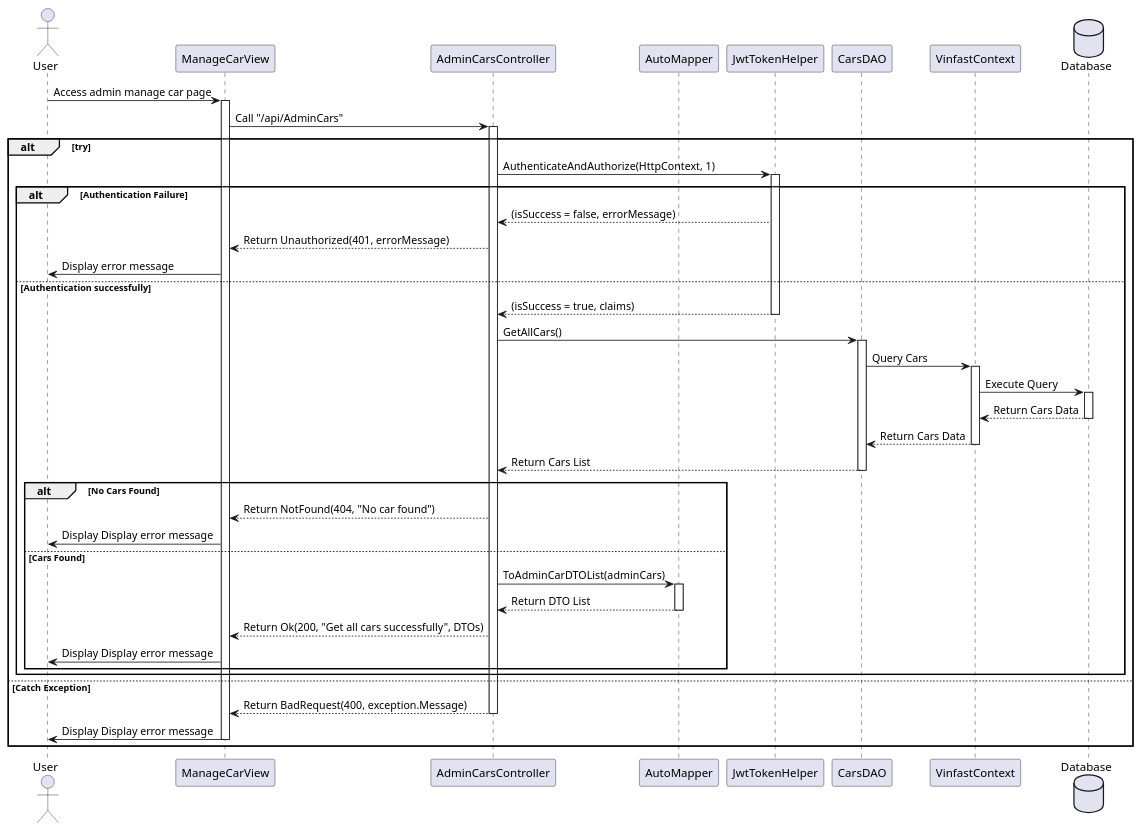
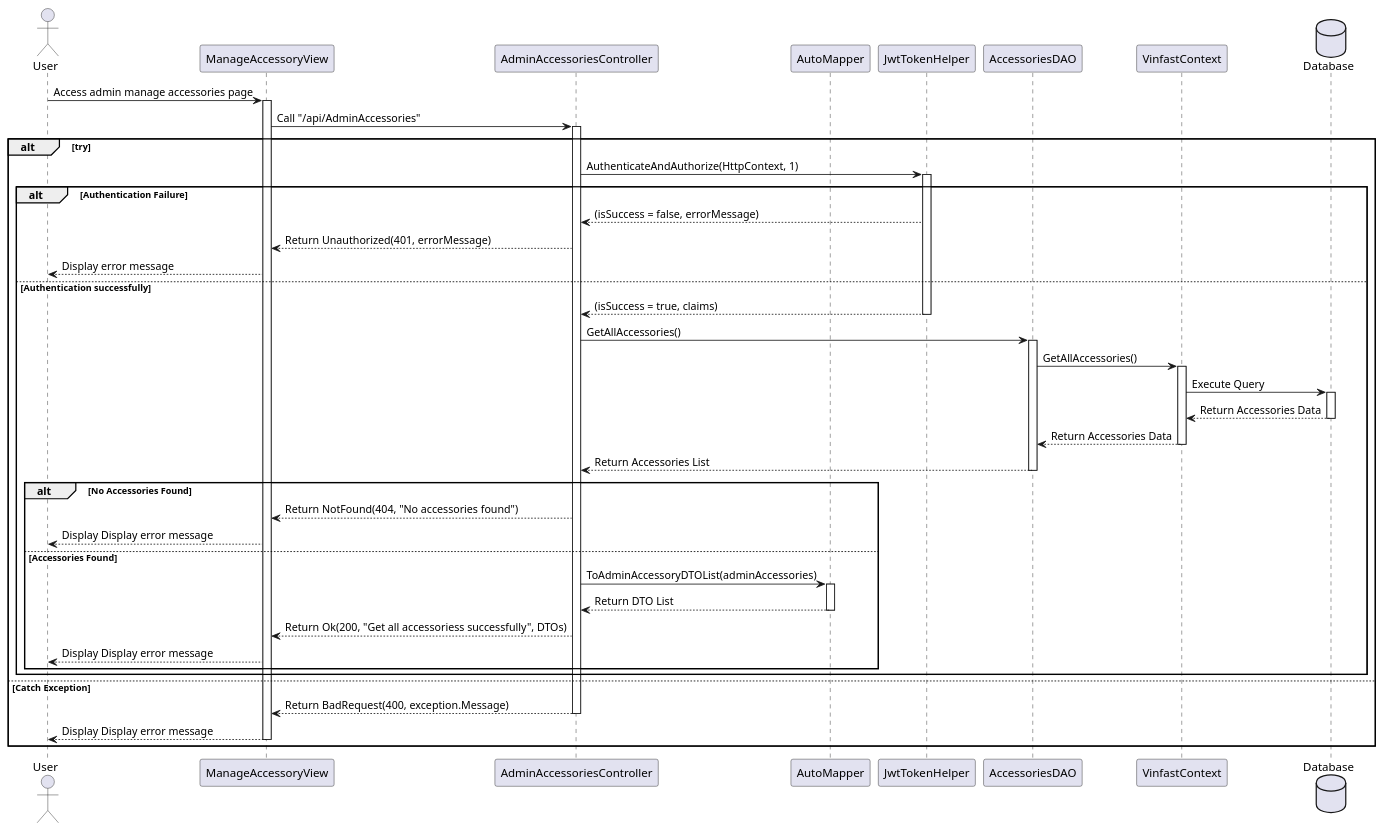
Before and after one commit to Bang15092002/SWP391_TrongNDP_Re_SP25: the diagram in AdminViewAllAccessories copy/AdminViewAllAccessories.plantUML, drawn with PlantUML. The commit also changed 5 other files, not shown here.

Commit message:
adminAddAccessory

```diff
--- a/AdminViewAllAccessories copy/AdminViewAllAccessories.plantUML
+++ b/AdminViewAllAccessories copy/AdminViewAllAccessories.plantUML
@@ -1,70 +1,69 @@
 @startuml
 actor User
-participant ManageCarView
-participant AdminCarsController
+participant ManageAccessoryView
+participant AdminAccessoriesController
 participant AutoMapper
 participant JwtTokenHelper
-participant CarsDAO
+participant AccessoriesDAO
 participant VinfastContext
 database Database
 
+User -> ManageAccessoryView: Access admin manage accessories page
+activate ManageAccessoryView
 
-User -> ManageCarView: Access admin manage car page
-activate ManageCarView
+    ManageAccessoryView -> AdminAccessoriesController: Call "/api/AdminAccessories"
+alt try
+    activate AdminAccessoriesController
 
-    ManageCarView -> AdminCarsController: Call "/api/AdminCars"
-alt try
-    activate AdminCarsController
-
-    AdminCarsController -> JwtTokenHelper: AuthenticateAndAuthorize(HttpContext, 1)
+    AdminAccessoriesController -> JwtTokenHelper: AuthenticateAndAuthorize(HttpContext, 1)
         alt Authentication Failure
             activate JwtTokenHelper
-            JwtTokenHelper --> AdminCarsController: (isSuccess = false, errorMessage)
-            AdminCarsController --> ManageCarView: Return Unauthorized(401, errorMessage)
-            ManageCarView -> User: Display error message
+            JwtTokenHelper --> AdminAccessoriesController: (isSuccess = false, errorMessage)
+            AdminAccessoriesController --> ManageAccessoryView: Return Unauthorized(401, errorMessage)
+            ManageAccessoryView --> User: Display error message
             
         else Authentication successfully
-            JwtTokenHelper --> AdminCarsController: (isSuccess = true, claims)
+            JwtTokenHelper --> AdminAccessoriesController: (isSuccess = true, claims)
             deactivate JwtTokenHelper
             
-            AdminCarsController -> CarsDAO: GetAllCars()
-            activate CarsDAO
+            AdminAccessoriesController -> AccessoriesDAO: GetAllAccessories()
+            activate AccessoriesDAO
             
-            CarsDAO -> VinfastContext: Query Cars
+            AccessoriesDAO -> VinfastContext: GetAllAccessories()
             activate VinfastContext
             
             VinfastContext -> Database: Execute Query
             activate Database
-            Database --> VinfastContext: Return Cars Data
+            Database --> VinfastContext: Return Accessories Data
             deactivate Database
             
-            VinfastContext --> CarsDAO: Return Cars Data
+            VinfastContext --> AccessoriesDAO: Return Accessories Data
             deactivate VinfastContext
-            CarsDAO --> AdminCarsController: Return Cars List
-            deactivate CarsDAO
+            AccessoriesDAO --> AdminAccessoriesController: Return Accessories List
+            deactivate AccessoriesDAO
 
-            alt No Cars Found
-                AdminCarsController --> ManageCarView: Return NotFound(404, "No car found")
-                ManageCarView -> User: Display Display error message
-            else Cars Found
-                AdminCarsController -> AutoMapper: ToAdminCarDTOList(adminCars)
+            alt No Accessories Found
+                AdminAccessoriesController --> ManageAccessoryView: Return NotFound(404, "No accessories found")
+                ManageAccessoryView --> User: Display Display error message
+            else Accessories Found
+                AdminAccessoriesController -> AutoMapper: ToAdminAccessoryDTOList(adminAccessories)
                 activate AutoMapper
-                AutoMapper --> AdminCarsController: Return DTO List
+                AutoMapper --> AdminAccessoriesController: Return DTO List
                 deactivate AutoMapper
-                AdminCarsController --> ManageCarView: Return Ok(200, "Get all cars successfully", DTOs)
-                ManageCarView -> User: Display Display error message
+                AdminAccessoriesController --> ManageAccessoryView: Return Ok(200, "Get all accessoriess successfully", DTOs)
+                ManageAccessoryView --> User: Display Display error message
             end
         
     end
 
 else Catch Exception
-    AdminCarsController --> ManageCarView: Return BadRequest(400, exception.Message)
-    deactivate AdminCarsController
-    ManageCarView -> User: Display Display error message
-deactivate ManageCarView
+    AdminAccessoriesController --> ManageAccessoryView: Return BadRequest(400, exception.Message)
+    deactivate AdminAccessoriesController
+    ManageAccessoryView --> User: Display Display error message
+deactivate ManageAccessoryView
 end
 
 
 
 
 @enduml
```
